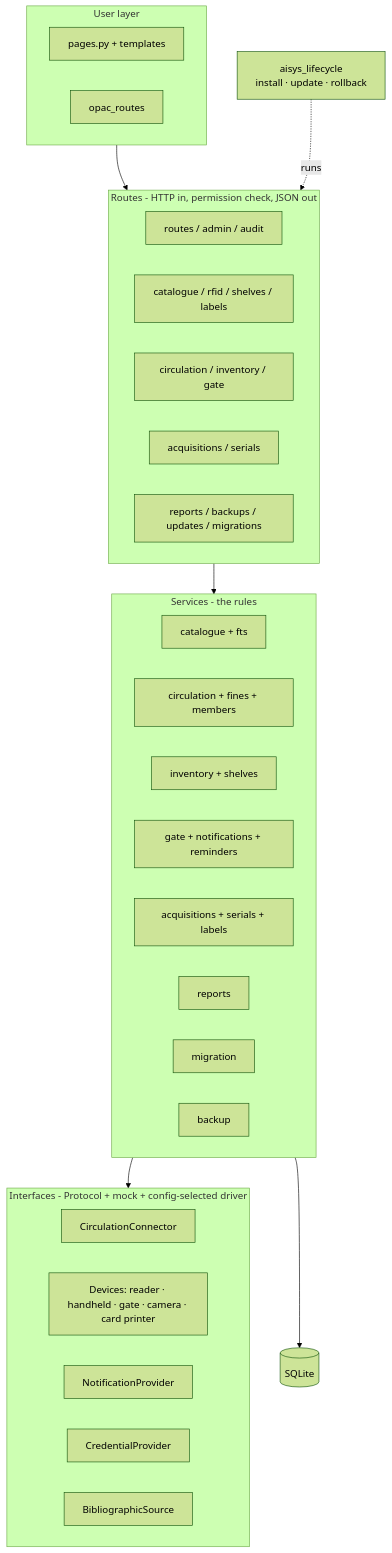
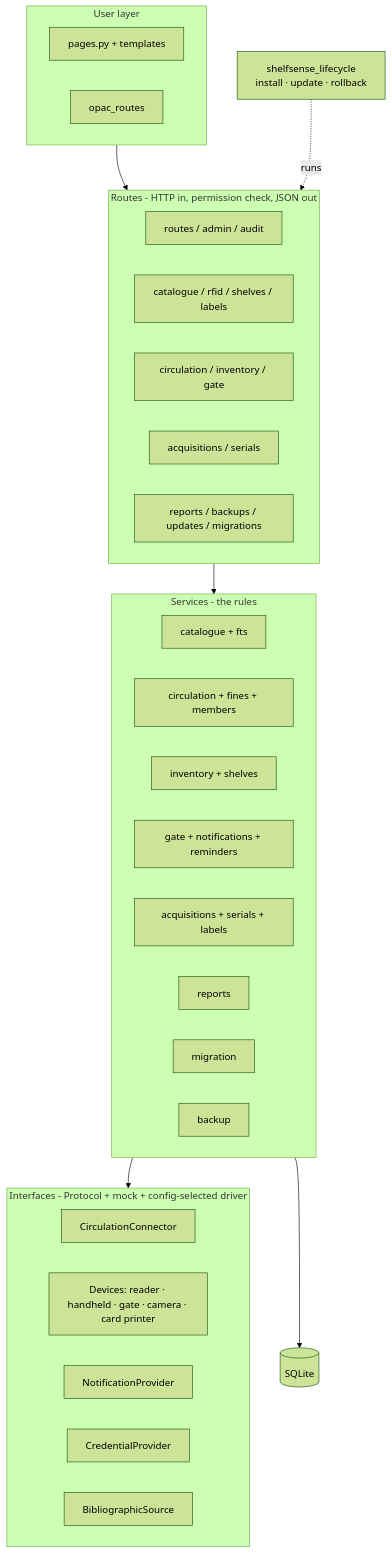
One commit to VighneshHM/aisys-rls changed the second of 5 diagrams in docs/architecture.md. Above: the diagram before and after it, drawn with Mermaid (forest theme). The commit also changed other lines of this file and 298 other files, not shown here.

````diff
--- a/docs/architecture.md
+++ b/docs/architecture.md
@@ -45,34 +45,34 @@
 ```mermaid
 flowchart TB
   subgraph UI[User layer]
     pages[pages.py + templates]
     opac[opac_routes]
   end
   subgraph API[Routes - HTTP in, permission check, JSON out]
     r1[routes / admin / audit]
     r2[catalogue / rfid / shelves / labels]
     r3[circulation / inventory / gate]
     r4[acquisitions / serials]
     r5[reports / backups / updates / migrations]
   end
   subgraph APP[Services - the rules]
     s1[catalogue + fts]
     s2[circulation + fines + members]
     s3[inventory + shelves]
     s4[gate + notifications + reminders]
     s5[acquisitions + serials + labels]
     s6[reports]
     s7[migration]
     s8[backup]
   end
   subgraph PORTS[Interfaces - Protocol + mock + config-selected driver]
     p1[CirculationConnector]
     p2[Devices: reader · handheld · gate · camera · card printer]
     p3[NotificationProvider]
     p4[CredentialProvider]
     p5[BibliographicSource]
   end
   UI --> API --> APP --> PORTS
   APP --> DB[(SQLite)]
-  LIFE[aisys_lifecycle<br/>install · update · rollback] -. runs .-> API
+  LIFE[shelfsense_lifecycle<br/>install · update · rollback] -. runs .-> API
 ```
````
